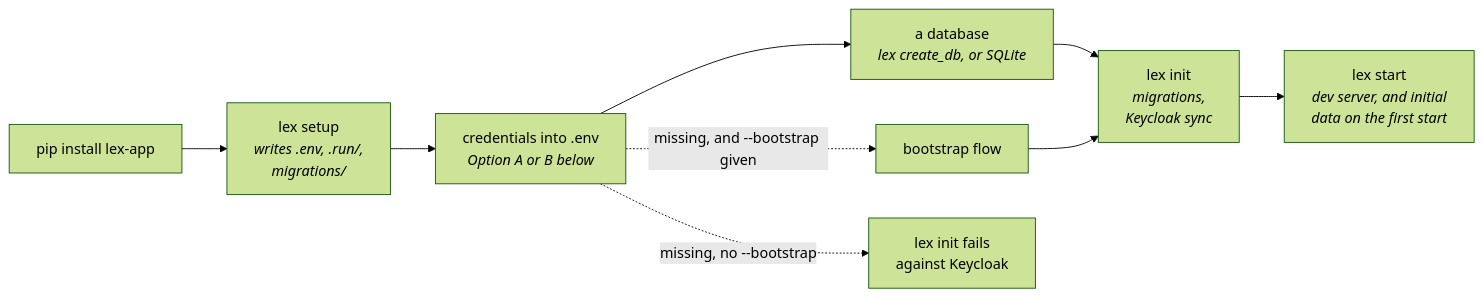
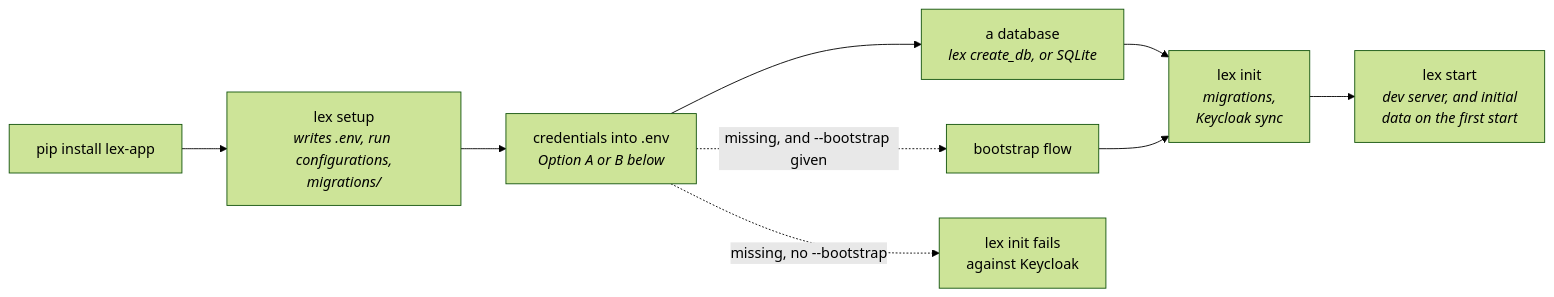
The diagram in docs/start-here/installation.md (ExcellenceCloudGmbH/lex-app), drawn with Mermaid (forest theme) before and after one commit. The commit also changed other lines of this file and 87 other files, not shown here.

Commit message:
docs: mirror published docs from lex-app-docs@0acc613

````diff
--- a/docs/start-here/installation.md
+++ b/docs/start-here/installation.md
@@ -50,11 +55,11 @@
 ```mermaid
 flowchart LR
-    I["pip install lex-app"] --> S["lex setup<br/><i>writes .env, .run/,<br/>migrations/</i>"]
+    I["pip install lex-app"] --> S["lex setup<br/><i>writes .env, run configurations,<br/>migrations/</i>"]
     S --> C["credentials into .env<br/><i>Option A or B below</i>"]
     C --> D["a database<br/><i>lex create_db, or SQLite</i>"]
     D --> N["lex init<br/><i>migrations,<br/>Keycloak sync</i>"]
     N --> R["lex start<br/><i>dev server, and initial<br/>data on the first start</i>"]
     C -.->|"missing, and --bootstrap given"| BS["bootstrap flow"]
     BS --> N
     C -.->|"missing, no --bootstrap"| F["lex init fails<br/>against Keycloak"]
 ```
````
